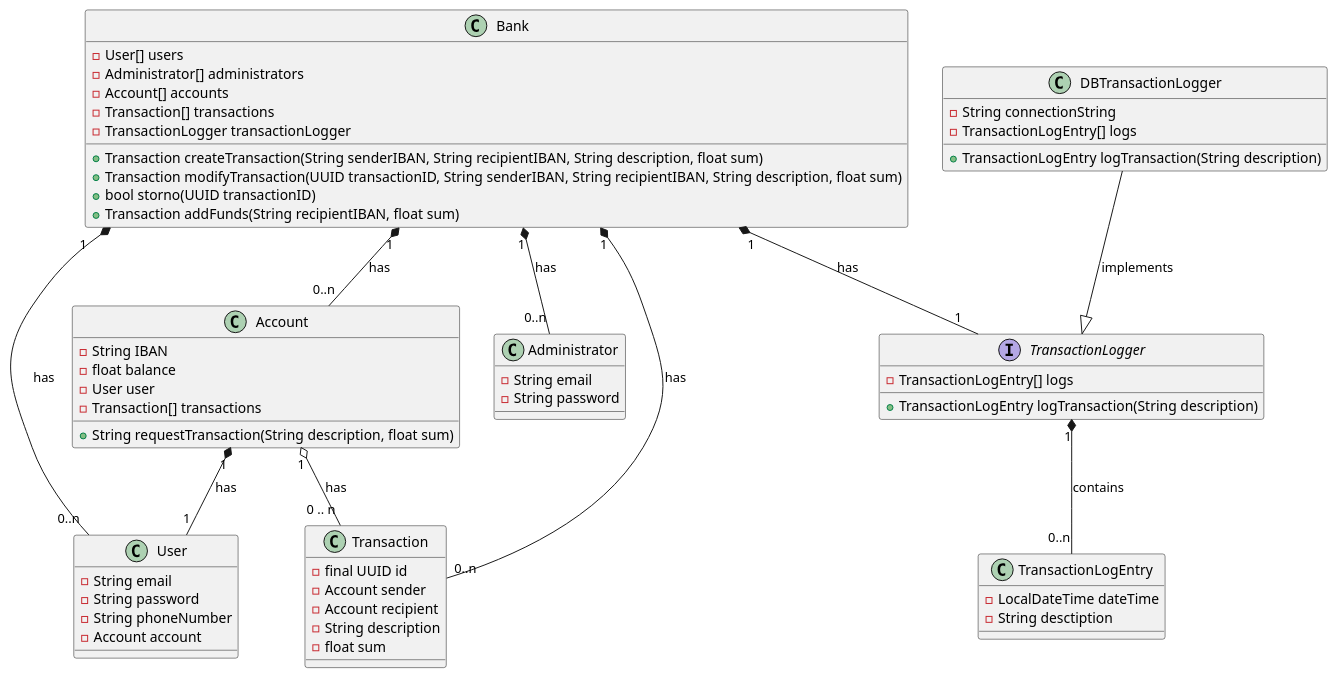
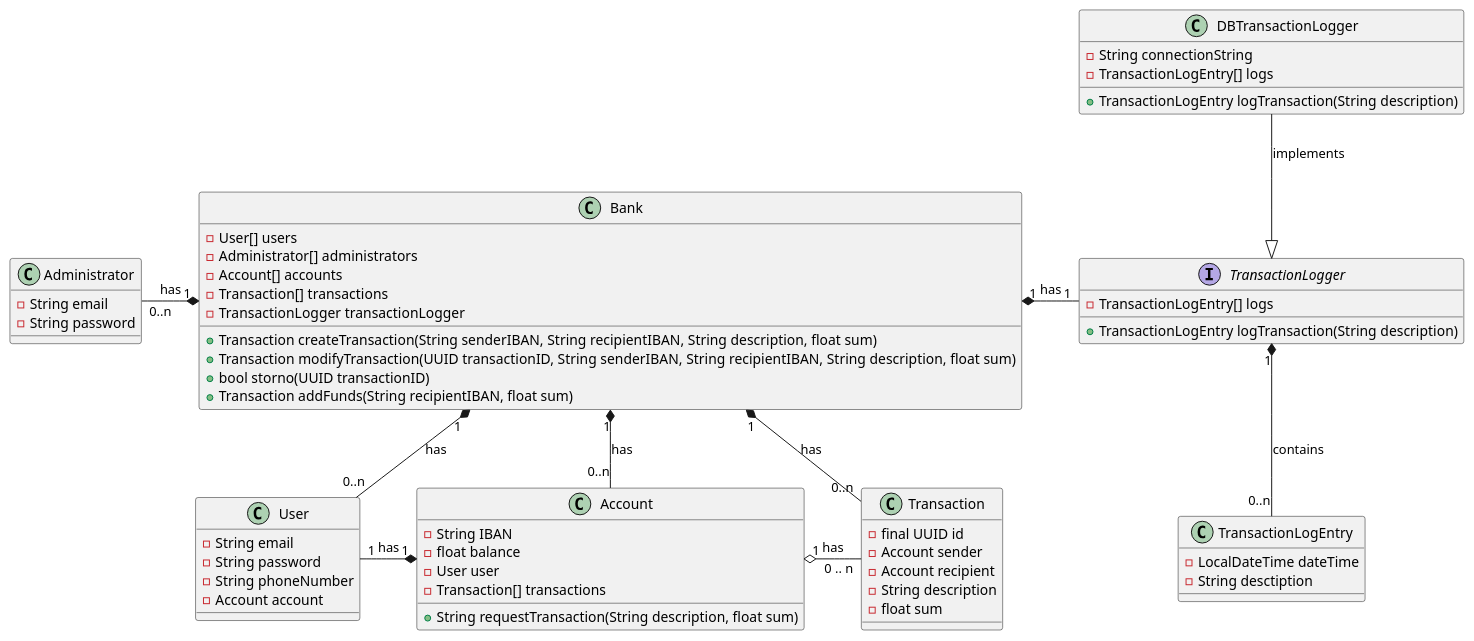
The diagram in class/bank.iuml (opendemobank/diagrams), drawn with PlantUML before and after one commit.

Commit message:
Improve class diagram's readability

```diff
--- a/class/bank.iuml
+++ b/class/bank.iuml
@@ -1,71 +1,71 @@
 @startuml
 
 class Bank {
     - User[] users
     - Administrator[] administrators
     - Account[] accounts
     - Transaction[] transactions
     - TransactionLogger transactionLogger
     + Transaction createTransaction(String senderIBAN, String recipientIBAN, String description, float sum)
     + Transaction modifyTransaction(UUID transactionID, String senderIBAN, String recipientIBAN, String description, float sum)
     + bool storno(UUID transactionID)
     + Transaction addFunds(String recipientIBAN, float sum)
 }
 
 class User {
     - String email
     - String password
     - String phoneNumber
     - Account account
 }
 
 class Account {
     - String IBAN
     - float balance
     - User user
     - Transaction[] transactions
     + String requestTransaction(String description, float sum)
 }
 
 class Administrator {
     - String email
     - String password
 }
 
 class Transaction {
     - final UUID id
     - Account sender
     - Account recipient
     - String description
     - float sum
 }
 
 interface TransactionLogger {
     - TransactionLogEntry[] logs
     + TransactionLogEntry logTransaction(String description)
 }
 
 class DBTransactionLogger {
     - String connectionString
     - TransactionLogEntry[] logs
     + TransactionLogEntry logTransaction(String description)
 }
 
 class TransactionLogEntry {
     - LocalDateTime dateTime
     - String desctiption
 }
 
-Bank "1" *-- "0..n" User : has
-Bank "1" *-- "0..n" Administrator : has
+Bank "1" *-down- "0..n" User : has
+Bank "1" *-left- "0..n" Administrator : has
 Bank "1" *-- "0..n" Account : has
 Bank "1" *-- "0..n" Transaction : has
-Bank "1" *-- "1" TransactionLogger : has
+Bank "1" *-right- "1" TransactionLogger : has
 
-Account "1" *-- "1" User : has
-Account "1" o-- "0 .. n" Transaction : has
+Account "1" *-left- "1" User : has
+Account "1" o-right- "0 .. n" Transaction : has
 
 DBTransactionLogger --|> TransactionLogger : implements
 TransactionLogger "1" *-- "0..n" TransactionLogEntry  : contains
 
 @enduml
```
